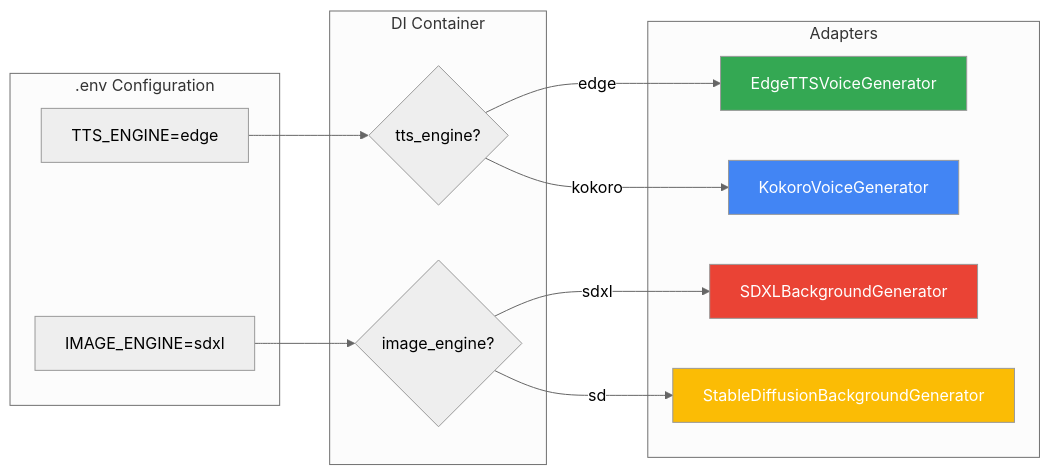
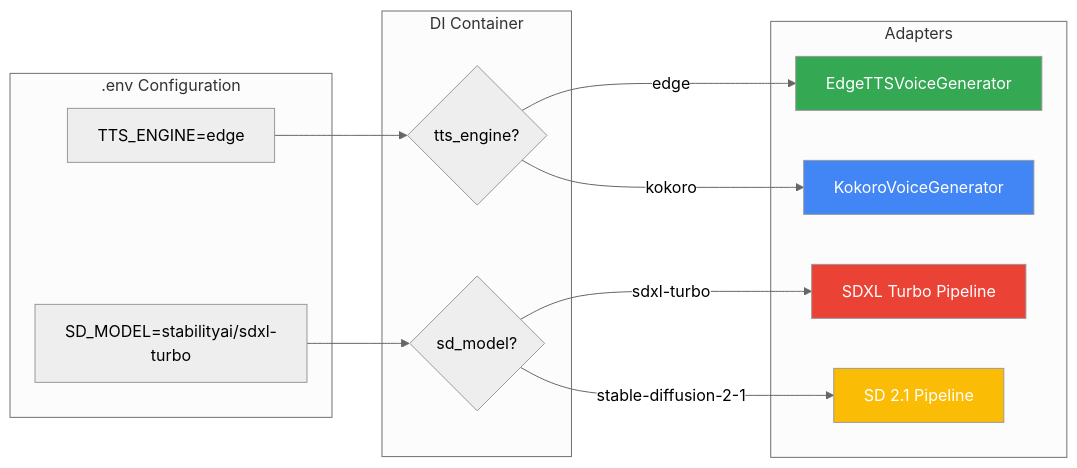
Before and after one commit to tamilarasu18/ai-yt-automation: the third of 4 diagrams in README.md, drawn with Mermaid (neutral theme). The commit also changed other lines of this file, not shown here.

````diff
--- a/README.md
+++ b/README.md
@@ -127,31 +177,31 @@
 ```mermaid
 flowchart LR
     subgraph ENV[".env Configuration"]
         E1["TTS_ENGINE=edge"]
-        E2["IMAGE_ENGINE=sdxl"]
+        E2["SD_MODEL=stabilityai/sdxl-turbo"]
     end
 
     subgraph CONTAINER["DI Container"]
         C1{"tts_engine?"}
-        C2{"image_engine?"}
+        C2{"sd_model?"}
     end
 
     subgraph ADAPTERS["Adapters"]
         A1["EdgeTTSVoiceGenerator"]
         A2["KokoroVoiceGenerator"]
-        A3["SDXLBackgroundGenerator"]
-        A4["StableDiffusionBackgroundGenerator"]
+        A3["SDXL Turbo Pipeline"]
+        A4["SD 2.1 Pipeline"]
     end
 
     E1 --> C1
     E2 --> C2
     C1 -->|"edge"| A1
     C1 -->|"kokoro"| A2
-    C2 -->|"sdxl"| A3
-    C2 -->|"sd"| A4
+    C2 -->|"sdxl-turbo"| A3
+    C2 -->|"stable-diffusion-2-1"| A4
 
     style A1 fill:#34A853,color:white
     style A2 fill:#4285F4,color:white
     style A3 fill:#EA4335,color:white
     style A4 fill:#FBBC05,color:white
 ```
````
